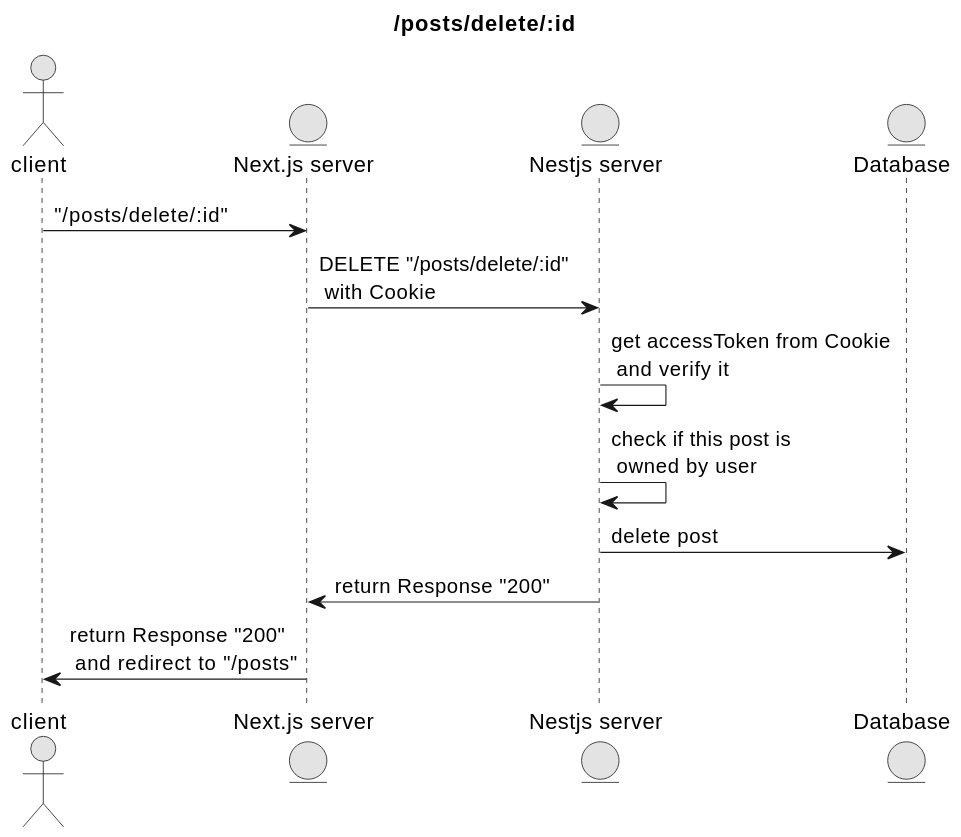
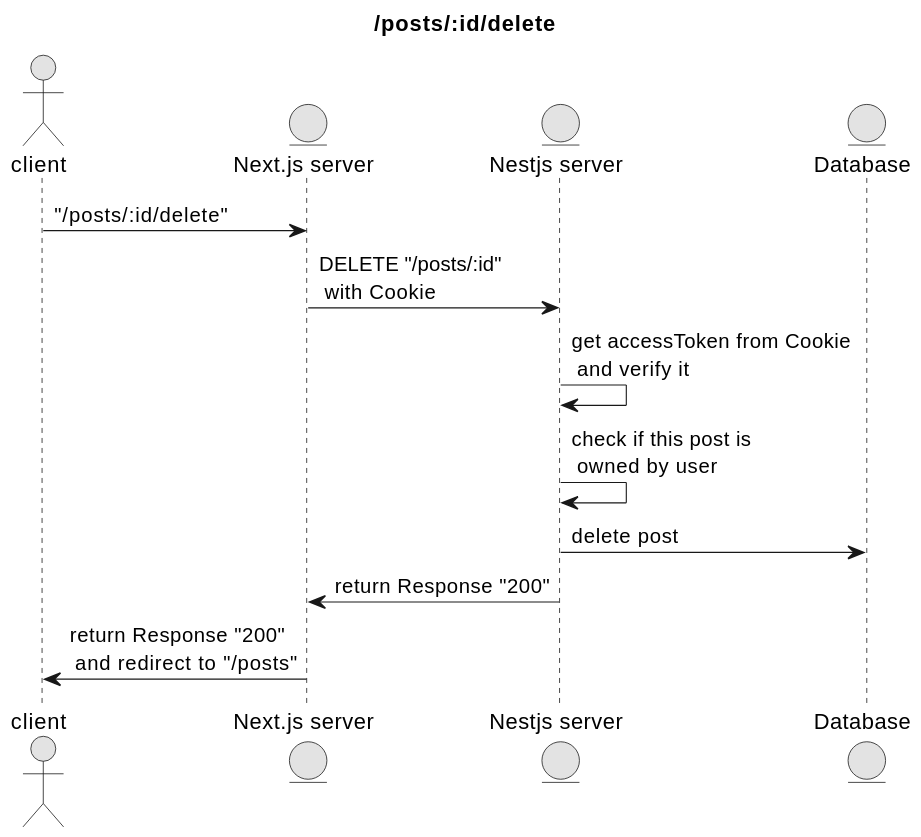
Before and after one commit to tomo324/idea-app-front: the diagram in public/diagram/sequence/posts/delete.adoc, drawn with PlantUML. The commit also changed 2 other files, not shown here.

Commit message:
🎨 #48 /posts/:id/deleteに変更

```diff
--- a/public/diagram/sequence/posts/delete.adoc
+++ b/public/diagram/sequence/posts/delete.adoc
@@ -1,21 +1,21 @@
 [plantuml,alice-bob,svg,role=sequence]
 ....
-title /posts/delete/:id
+title /posts/:id/delete
 skinparam monochrome true
 skinparam ranksep 20
 skinparam dpi 150
 skinparam arrowThickness 0.7
 
 actor client
 entity "Next.js server" as next
 entity "Nestjs server" as nest
 entity "Database" as db
 
-client->next:  "/posts/delete/:id"
-next->nest: DELETE "/posts/delete/:id" \n with Cookie
+client->next:  "/posts/:id/delete"
+next->nest: DELETE "/posts/:id" \n with Cookie
 nest->nest: get accessToken from Cookie \n and verify it
 nest->nest: check if this post is \n owned by user
 nest->db: delete post
 nest->next: return Response "200"
 next->client: return Response "200" \n and redirect to "/posts"
 ....
```
